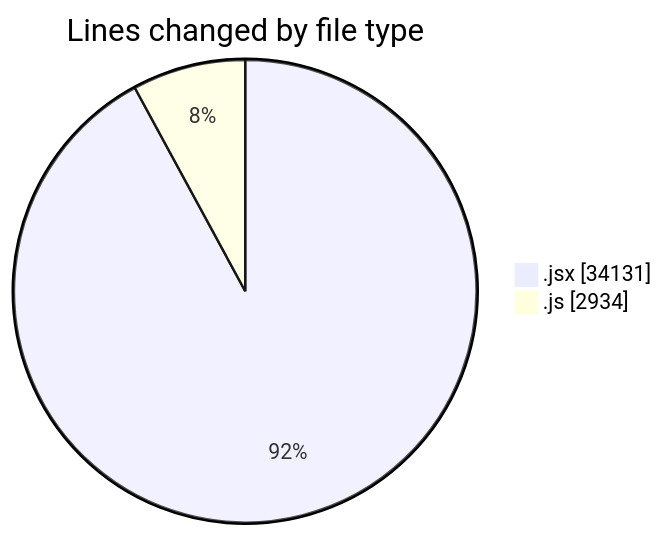
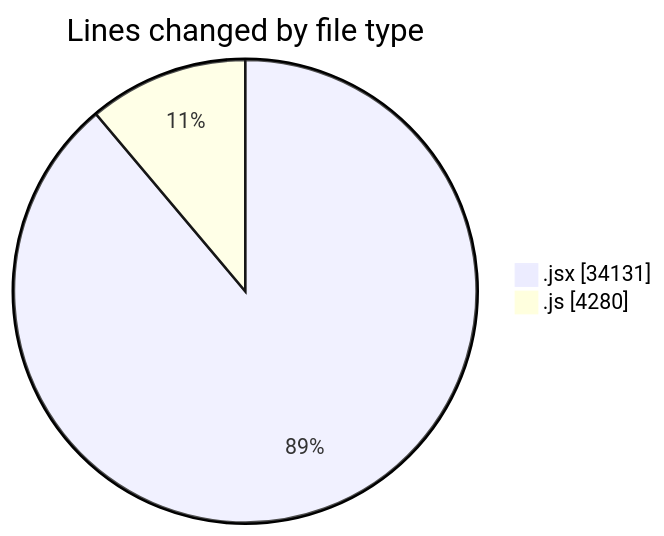
Before and after one commit to nxtqubesakshisongat/code-tracking: the first of 2 diagrams in 2025-09-29/nxtqube_webapp/README.md, drawn with Mermaid. The commit also changed other lines of this file and 1 other file, not shown here.

````diff
--- a/2025-09-29/nxtqube_webapp/README.md
+++ b/2025-09-29/nxtqube_webapp/README.md
@@ -22,6 +22,6 @@
 ```mermaid
 pie showData
 title Lines changed by file type
 ".jsx" : 34131
-".js" : 2934
+".js" : 4280
 ```
````
